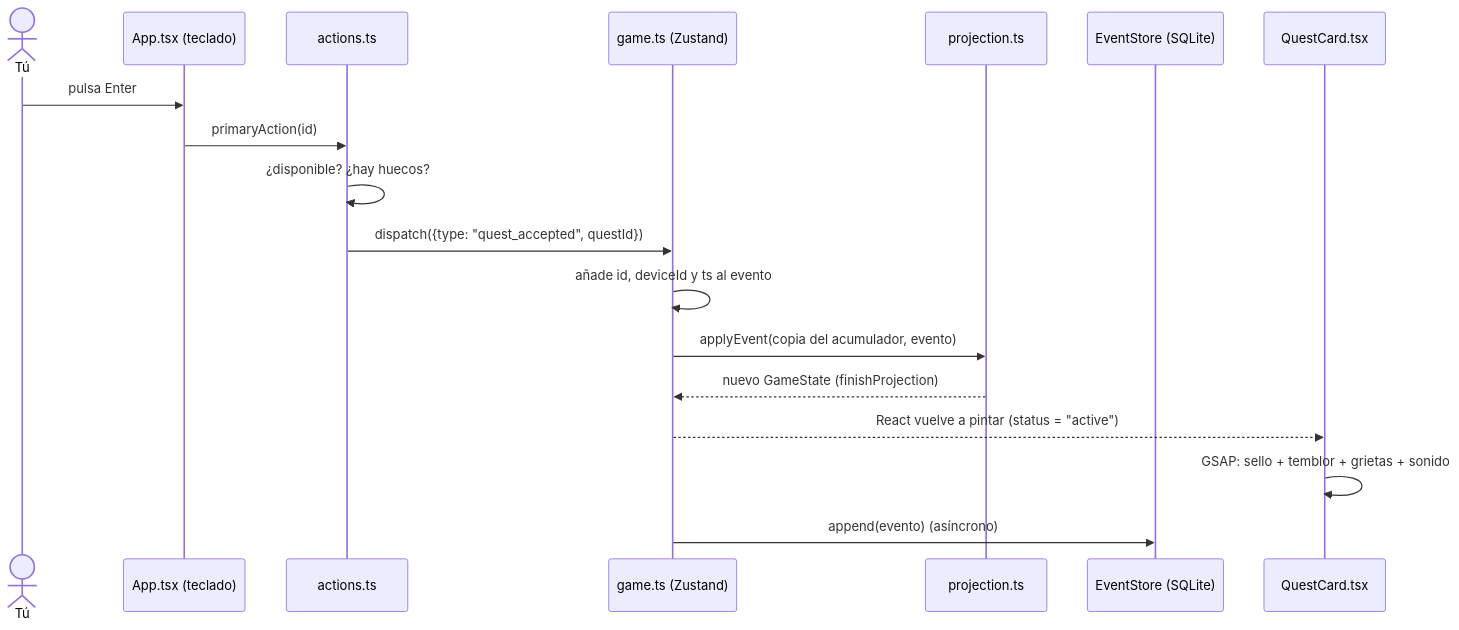
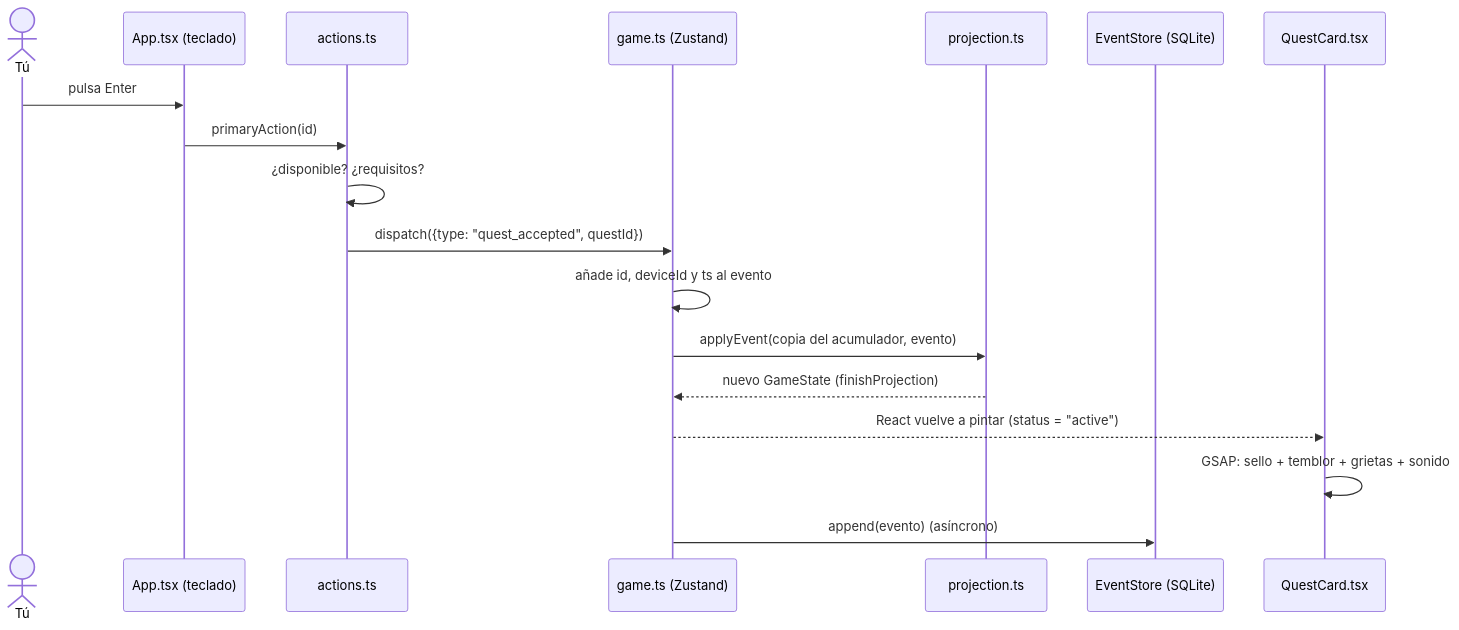
One commit to Carlos-Requena/Quest_Tareas changed the diagram in docs/COMO-FUNCIONA.md. Above: the diagram before and after it, drawn with Mermaid. The commit also changed other lines of this file and 122 other files, not shown here.

````diff
--- a/docs/COMO-FUNCIONA.md
+++ b/docs/COMO-FUNCIONA.md
@@ -34,21 +34,21 @@
 ```mermaid
 sequenceDiagram
     actor Tú
     participant App as App.tsx (teclado)
     participant Act as actions.ts
     participant Store as game.ts (Zustand)
     participant Dom as projection.ts
     participant DB as EventStore (SQLite)
     participant Card as QuestCard.tsx
 
     Tú->>App: pulsa Enter
     App->>Act: primaryAction(id)
-    Act->>Act: ¿disponible? ¿hay huecos?
+    Act->>Act: ¿disponible? ¿requisitos?
     Act->>Store: dispatch({type: "quest_accepted", questId})
     Store->>Store: añade id, deviceId y ts al evento
     Store->>Dom: applyEvent(copia del acumulador, evento)
     Dom-->>Store: nuevo GameState (finishProjection)
     Store-->>Card: React vuelve a pintar (status = "active")
     Card->>Card: GSAP: sello + temblor + grietas + sonido
     Store->>DB: append(evento) (asíncrono)
 ```
````
